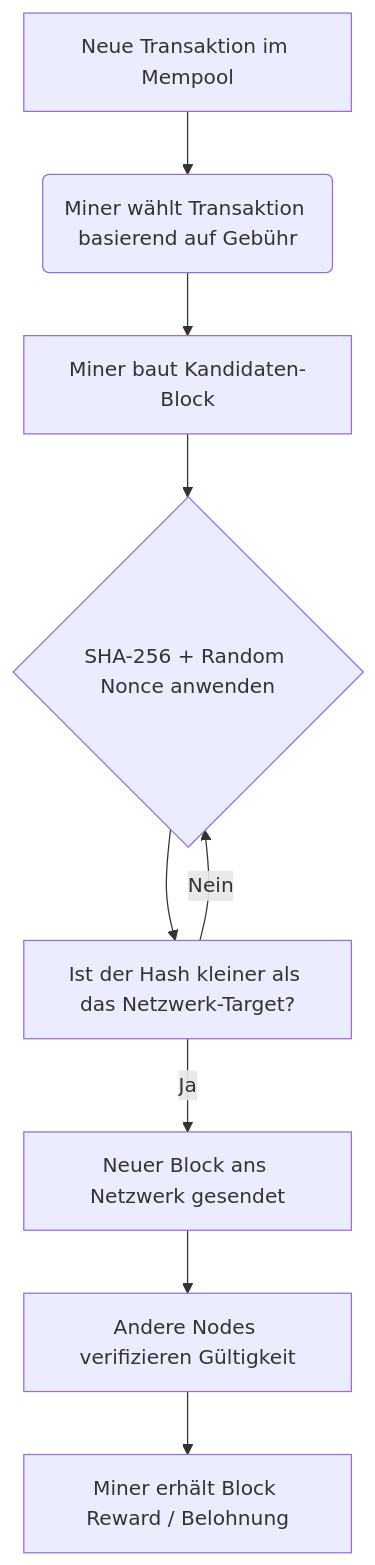
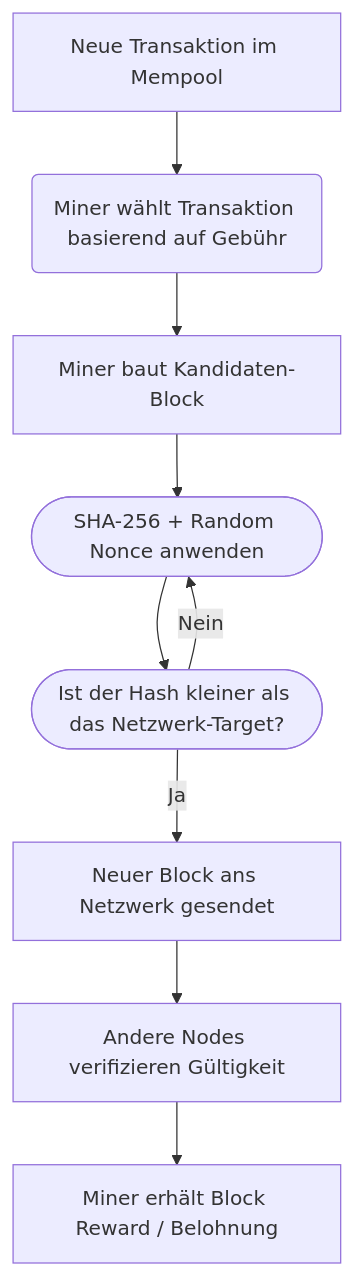
Before and after one commit to annabraun015-stack/krypto-watch: the diagram in src/content/blog/de/bitcoin-mining-erklaert.mdx, drawn with Mermaid. The commit also changed 10 other files, not shown here.

```diff
--- a/src/content/blog/de/bitcoin-mining-erklaert.mdx
+++ b/src/content/blog/de/bitcoin-mining-erklaert.mdx
@@ -68,11 +68,11 @@
 <div class="mermaid">
 graph TD
     A[Neue Transaktion im Mempool] --> B(Miner wählt Transaktion basierend auf Gebühr)
     B --> C[Miner baut Kandidaten-Block]
-    C --> D{SHA-256 + Random Nonce anwenden}
-    D --> E[Ist der Hash kleiner als das Netzwerk-Target?]
+    C --> D([SHA-256 + Random Nonce anwenden])
+    D --> E([Ist der Hash kleiner als das Netzwerk-Target?])
     E -- Nein --> D
     E -- Ja --> F[Neuer Block ans Netzwerk gesendet]
     F --> G[Andere Nodes verifizieren Gültigkeit]
     G --> H[Miner erhält Block Reward / Belohnung]
 </div>
```
